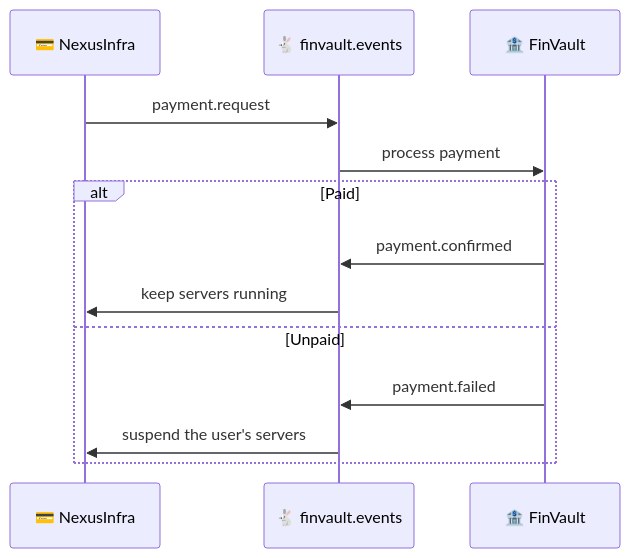
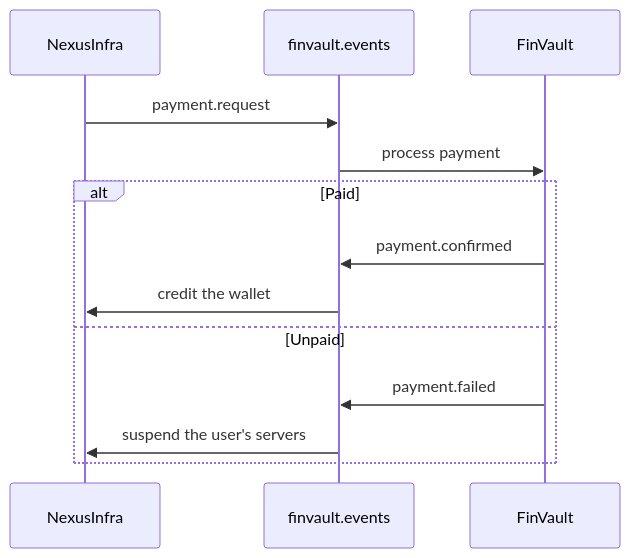
The third of 3 diagrams in README.md (Tombomeke-Studios/NexusInfra), drawn with Mermaid before and after one commit. The commit also changed other lines of this file, not shown here.

````diff
--- a/README.md
+++ b/README.md
@@ -260,16 +265,16 @@
 ```mermaid
 sequenceDiagram
-    participant BB as 💳 NexusInfra
-    participant Q as 🐇 finvault.events
-    participant FV as 🏦 FinVault
+    participant BB as NexusInfra
+    participant Q as finvault.events
+    participant FV as FinVault
 
     BB->>Q: payment.request
     Q->>FV: process payment
     alt Paid
         FV->>Q: payment.confirmed
-        Q->>BB: keep servers running
+        Q->>BB: credit the wallet
     else Unpaid
         FV->>Q: payment.failed
         Q->>BB: suspend the user's servers
     end
 ```
````
